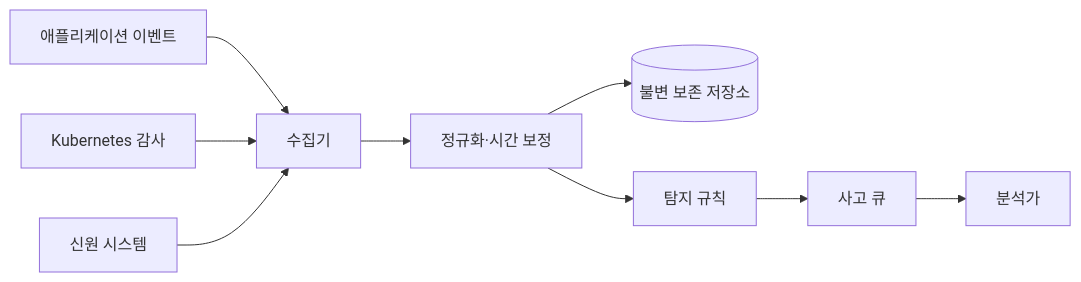
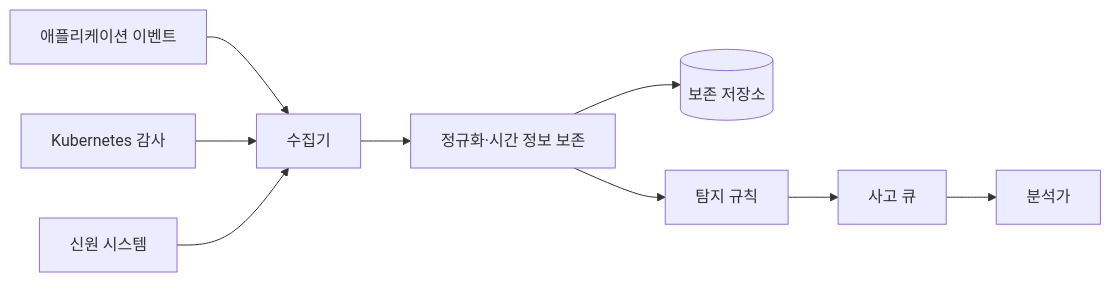
Before and after one commit to mj006648/netai-devsecops-runbook: the diagram in learning/security-cryptography/12-audit-logs-incidents-and-recovery.md, drawn with Mermaid. The commit also changed other lines of this file and 62 other files, not shown here.

````diff
--- a/learning/security-cryptography/12-audit-logs-incidents-and-recovery.md
+++ b/learning/security-cryptography/12-audit-logs-incidents-and-recovery.md
@@ -25,11 +49,11 @@
 ```mermaid
 flowchart LR
     A[애플리케이션 이벤트] --> C[수집기]
     K[Kubernetes 감사] --> C
     I[신원 시스템] --> C
-    C --> N[정규화·시간 보정]
-    N --> S[(불변 보존 저장소)]
+    C --> N[정규화·시간 정보 보존]
+    N --> S[(보존 저장소)]
     N --> R[탐지 규칙]
     R --> Q[사고 큐]
     Q --> H[분석가]
 ```
````
